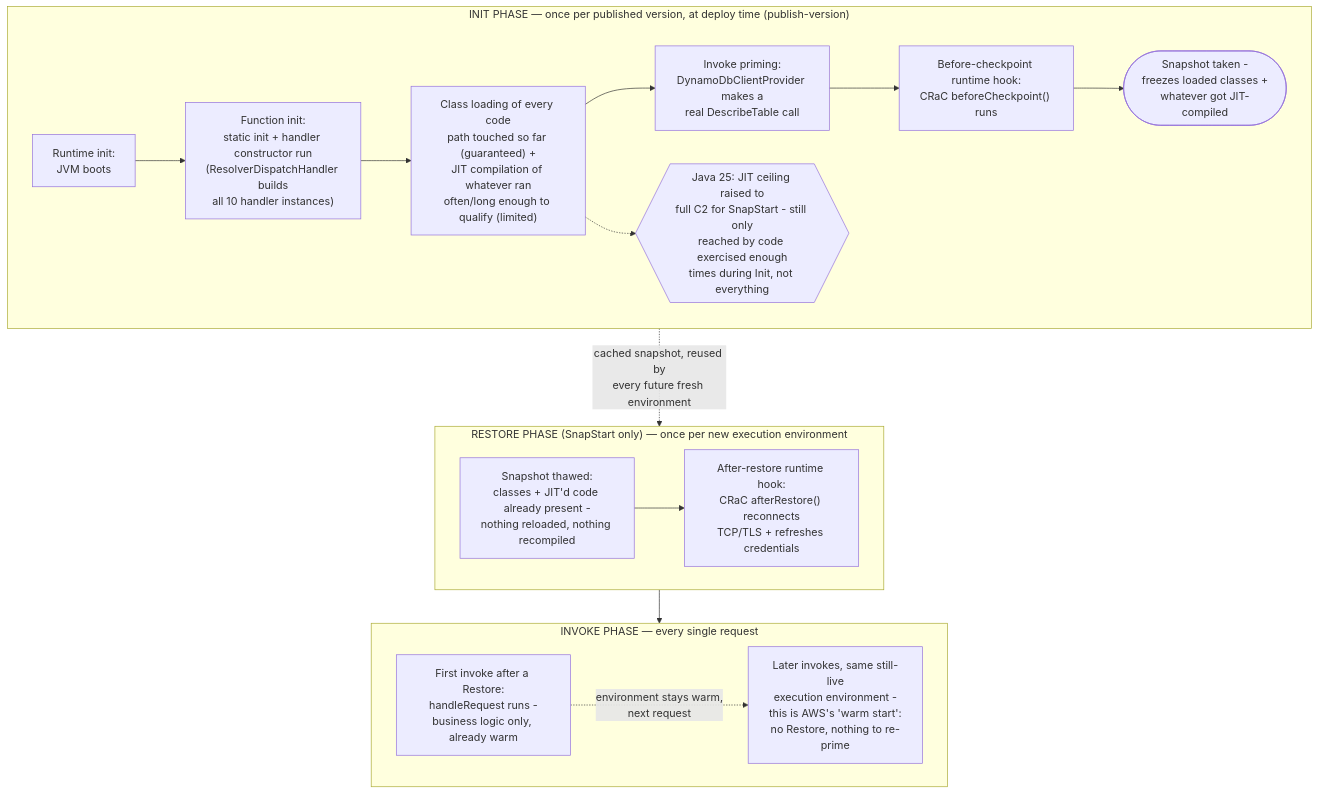
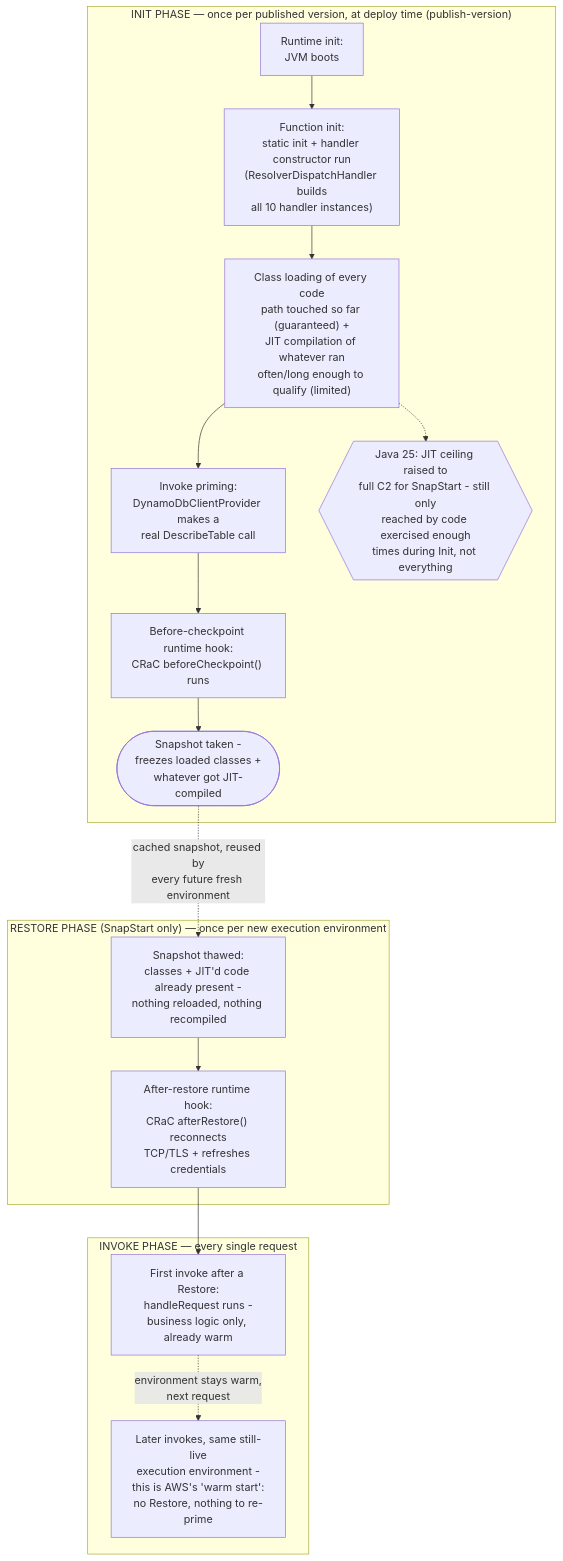
One commit to geoffweatherall/mootmaker-api changed the second of 2 diagrams in impl/java-lambda-cold-start-mitigation.md. Above: the diagram before and after it, drawn with Mermaid. The commit also changed other lines of this file and 1 other file, not shown here.

````diff
--- a/impl/java-lambda-cold-start-mitigation.md
+++ b/impl/java-lambda-cold-start-mitigation.md
@@ -130,32 +129,29 @@
 ```mermaid
 flowchart TB
     subgraph INIT["INIT PHASE — once per published version, at deploy time (publish-version)"]
-        direction LR
         I1["Runtime init:\nJVM boots"]
         I2["Function init:\nstatic init + handler constructor run\n(ResolverDispatchHandler builds\nall 10 handler instances)"]
         I3["Class loading of every code\npath touched so far (guaranteed) +\nJIT compilation of whatever ran\noften/long enough to qualify (limited)"]
         I4["Invoke priming:\nDynamoDbClientProvider makes a\nreal DescribeTable call"]
         I5["Before-checkpoint runtime hook:\nCRaC beforeCheckpoint() runs"]
         I6(["Snapshot taken -\nfreezes loaded classes +\nwhatever got JIT-compiled"])
         I1 --> I2 --> I3 --> I4 --> I5 --> I6
         I3 -.-> J25{{"Java 25: JIT ceiling raised to\nfull C2 for SnapStart - still only\nreached by code exercised enough\ntimes during Init, not everything"}}
     end
 
     I6 -.->|"cached snapshot, reused by\nevery future fresh environment"| R1
 
     subgraph RESTORE["RESTORE PHASE (SnapStart only) — once per new execution environment"]
-        direction LR
         R1["Snapshot thawed:\nclasses + JIT'd code already present -\nnothing reloaded, nothing recompiled"]
         R2["After-restore runtime hook:\nCRaC afterRestore() reconnects\nTCP/TLS + refreshes credentials"]
         R1 --> R2
     end
 
     R2 --> V1
 
     subgraph INVOKE["INVOKE PHASE — every single request"]
-        direction LR
         V1["First invoke after a Restore:\nhandleRequest runs -\nbusiness logic only, already warm"]
         V2["Later invokes, same still-live\nexecution environment -\nthis is AWS's 'warm start':\nno Restore, nothing to re-prime"]
         V1 -.->|"environment stays warm,\nnext request"| V2
     end
 ```
````
